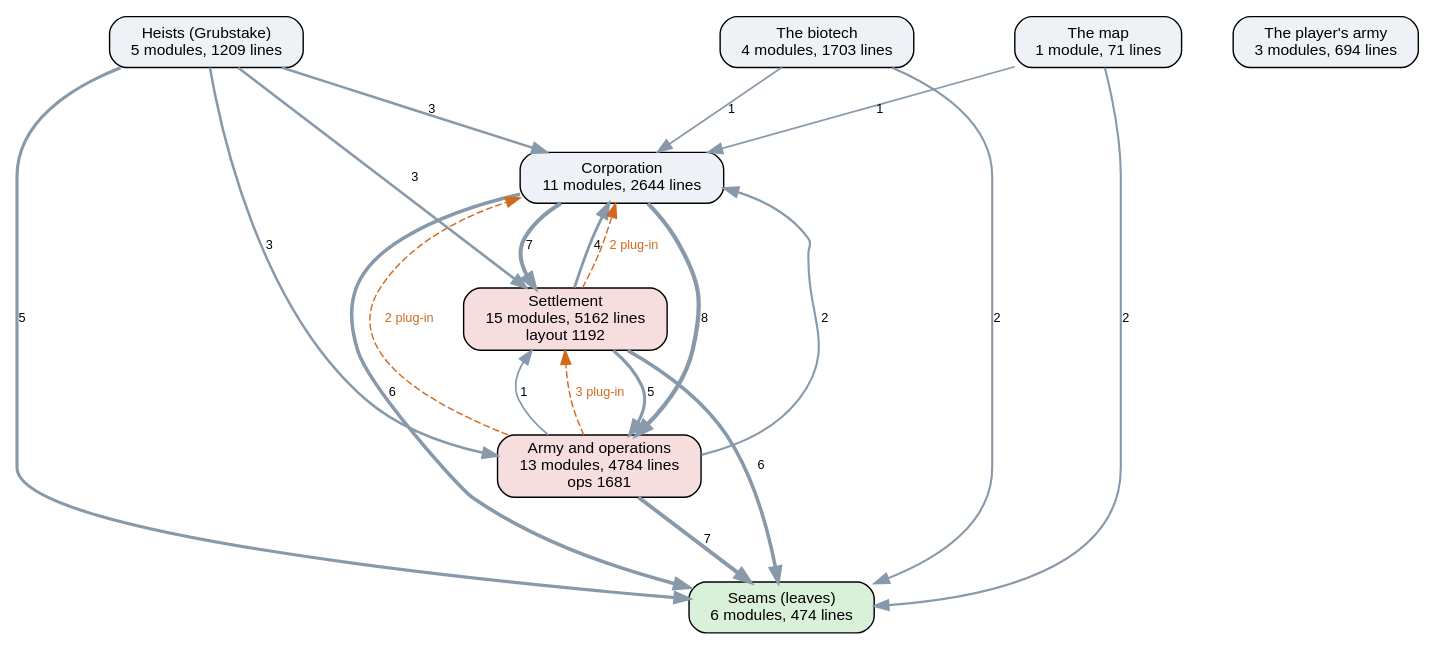
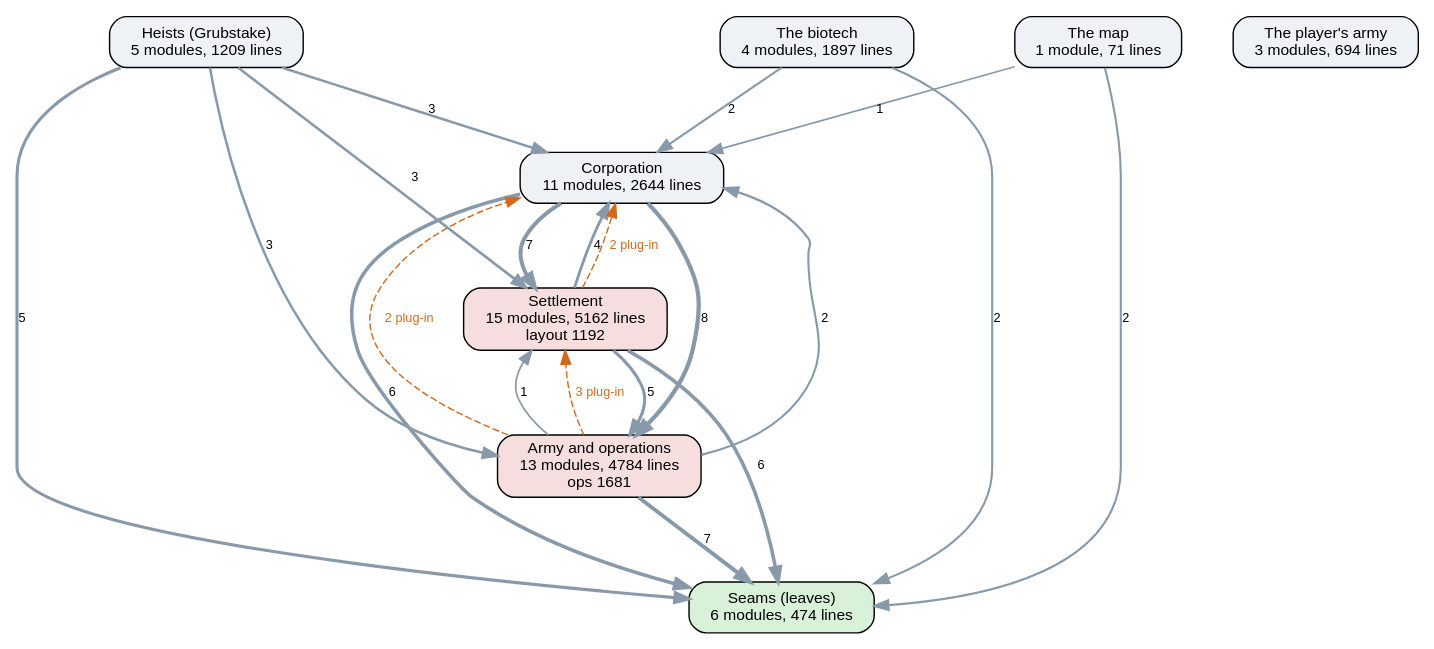
The diagram in docs/ai-layers.dot (kinelhu/landing-party), drawn with Graphviz before and after one commit. The commit also changed 33 other files, not shown here.

```diff
--- a/docs/ai-layers.dot
+++ b/docs/ai-layers.dot
@@ -1,33 +1,33 @@
 digraph layers {
   graph [rankdir=TB, fontname="Helvetica", nodesep=0.5, ranksep=0.7];
   node [shape=box, style="rounded,filled", fontname="Helvetica", fontsize=11, fillcolor="#eef2f7"];
   edge [color="#8899aa", fontname="Helvetica", fontsize=9];
   "Seams (leaves)" [label="Seams (leaves)\n6 modules, 474 lines", fillcolor="#d9f0d9"];
   "Corporation" [label="Corporation\n11 modules, 2644 lines", fillcolor="#eef2f7"];
   "Settlement" [label="Settlement\n15 modules, 5162 lines\nlayout 1192", fillcolor="#f7dede"];
   "Army and operations" [label="Army and operations\n13 modules, 4784 lines\nops 1681", fillcolor="#f7dede"];
   "Heists (Grubstake)" [label="Heists (Grubstake)\n5 modules, 1209 lines", fillcolor="#eef2f7"];
-  "The biotech" [label="The biotech\n4 modules, 1703 lines", fillcolor="#eef2f7"];
+  "The biotech" [label="The biotech\n4 modules, 1897 lines", fillcolor="#eef2f7"];
   "The map" [label="The map\n1 module, 71 lines", fillcolor="#eef2f7"];
   "The player's army" [label="The player's army\n3 modules, 694 lines", fillcolor="#eef2f7"];
   "Army and operations" -> "Corporation" [label="2", penwidth=1.5];
   "Army and operations" -> "Seams (leaves)" [label="7", penwidth=2.8];
   "Army and operations" -> "Settlement" [label="1", penwidth=1.2];
   "Corporation" -> "Army and operations" [label="8", penwidth=3.0];
   "Corporation" -> "Seams (leaves)" [label="6", penwidth=2.5];
   "Corporation" -> "Settlement" [label="7", penwidth=2.8];
   "Heists (Grubstake)" -> "Army and operations" [label="3", penwidth=1.8];
   "Heists (Grubstake)" -> "Corporation" [label="3", penwidth=1.8];
   "Heists (Grubstake)" -> "Seams (leaves)" [label="5", penwidth=2.2];
   "Heists (Grubstake)" -> "Settlement" [label="3", penwidth=1.8];
   "Settlement" -> "Army and operations" [label="5", penwidth=2.2];
   "Settlement" -> "Corporation" [label="4", penwidth=2.0];
   "Settlement" -> "Seams (leaves)" [label="6", penwidth=2.5];
-  "The biotech" -> "Corporation" [label="1", penwidth=1.2];
+  "The biotech" -> "Corporation" [label="2", penwidth=1.5];
   "The biotech" -> "Seams (leaves)" [label="2", penwidth=1.5];
   "The map" -> "Corporation" [label="1", penwidth=1.2];
   "The map" -> "Seams (leaves)" [label="2", penwidth=1.5];
   "Army and operations" -> "Corporation" [style=dashed, color="#d2691e", fontcolor="#d2691e", label="2 plug-in"];
   "Army and operations" -> "Settlement" [style=dashed, color="#d2691e", fontcolor="#d2691e", label="3 plug-in"];
   "Settlement" -> "Corporation" [style=dashed, color="#d2691e", fontcolor="#d2691e", label="2 plug-in"];
 }
```
